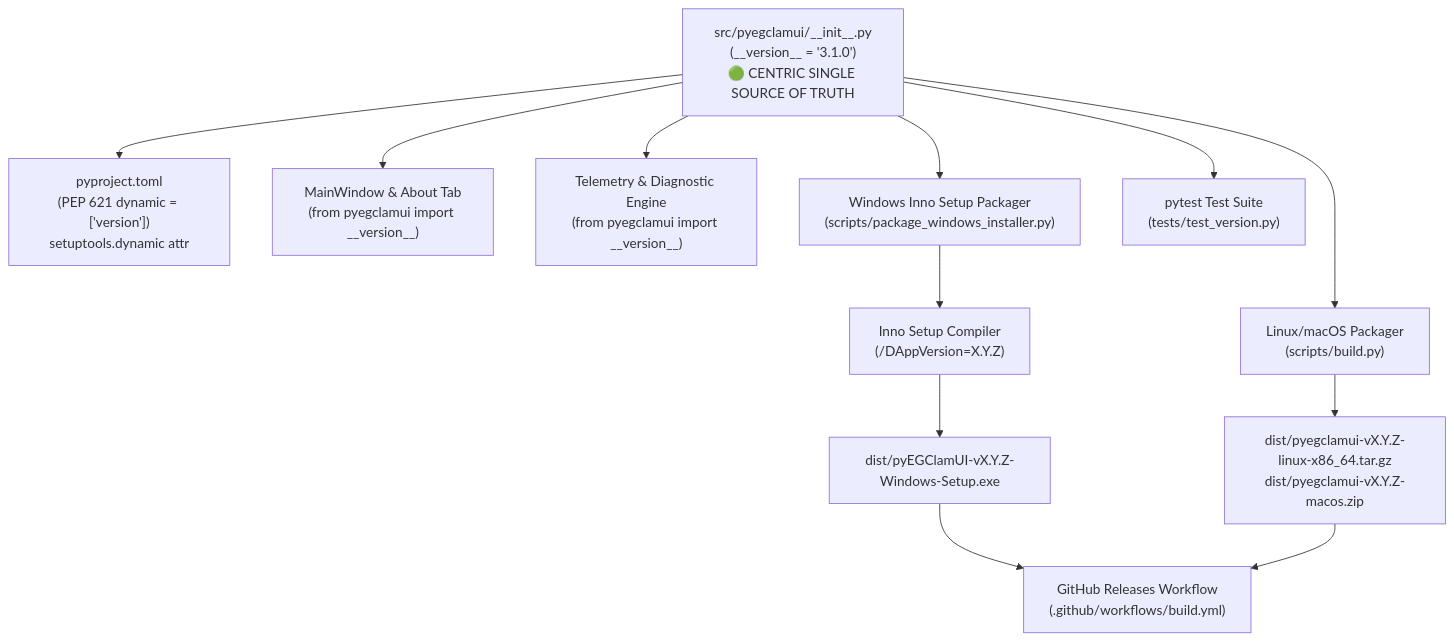
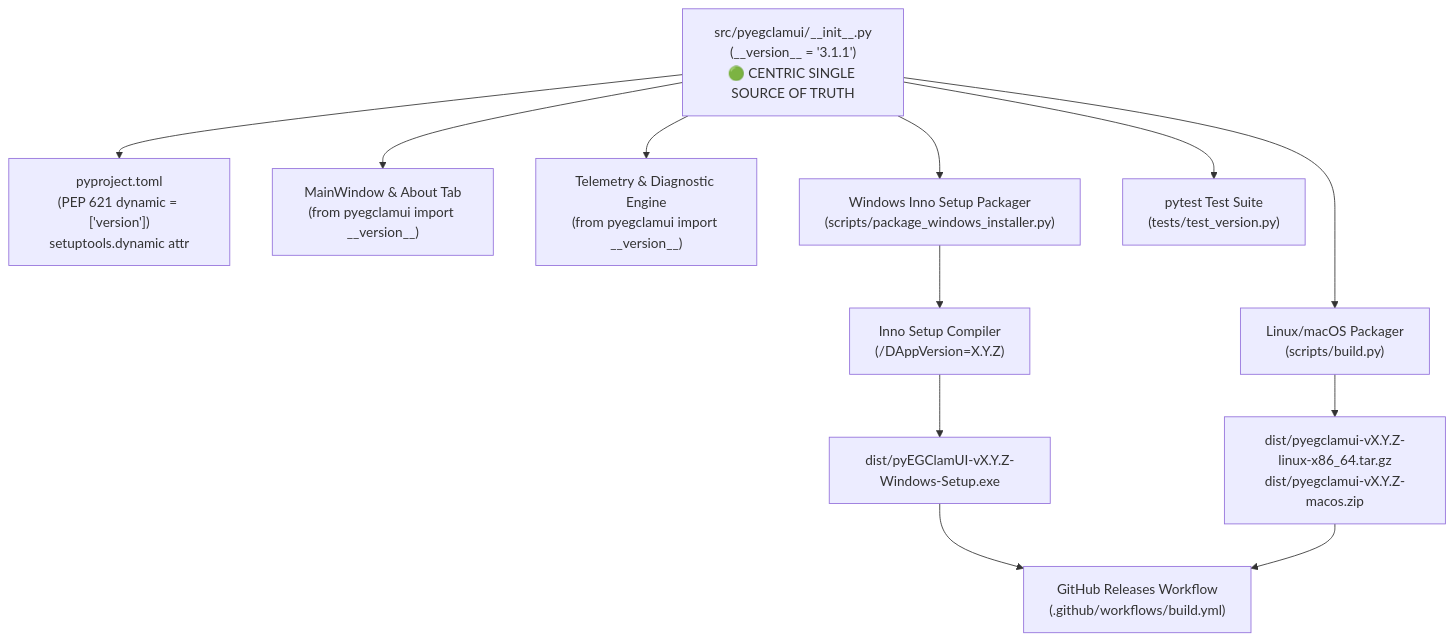
The second of 3 diagrams in docs/VERSIONING.md (EG1DOTIN/pyEGClamUI), drawn with Mermaid before and after one commit. The commit also changed other lines of this file and 16 other files, not shown here.

````diff
--- a/docs/VERSIONING.md
+++ b/docs/VERSIONING.md
@@ -43,17 +43,17 @@
 ```mermaid
 flowchart TD
-    Init["src/pyegclamui/__init__.py<br/>(__version__ = '3.1.0')<br/>🟢 CENTRIC SINGLE SOURCE OF TRUTH"]
+    Init["src/pyegclamui/__init__.py<br/>(__version__ = '3.1.1')<br/>🟢 CENTRIC SINGLE SOURCE OF TRUTH"]
 
     Init --> Pyproj["pyproject.toml<br/>(PEP 621 dynamic = ['version'])<br/>setuptools.dynamic attr"]
     Init --> GUI["MainWindow & About Tab<br/>(from pyegclamui import __version__)"]
     Init --> Telem["Telemetry & Diagnostic Engine<br/>(from pyegclamui import __version__)"]
     Init --> BuildUnix["Linux/macOS Packager<br/>(scripts/build.py)"]
     Init --> BuildWin["Windows Inno Setup Packager<br/>(scripts/package_windows_installer.py)"]
     Init --> Pytest["pytest Test Suite<br/>(tests/test_version.py)"]
 
     BuildWin --> Inno["Inno Setup Compiler<br/>(/DAppVersion=X.Y.Z)"]
     Inno --> SetupExe["dist/pyEGClamUI-vX.Y.Z-Windows-Setup.exe"]
     BuildUnix --> TarGz["dist/pyegclamui-vX.Y.Z-linux-x86_64.tar.gz<br/>dist/pyegclamui-vX.Y.Z-macos.zip"]
     SetupExe --> Release["GitHub Releases Workflow<br/>(.github/workflows/build.yml)"]
     TarGz --> Release
 ```
````
